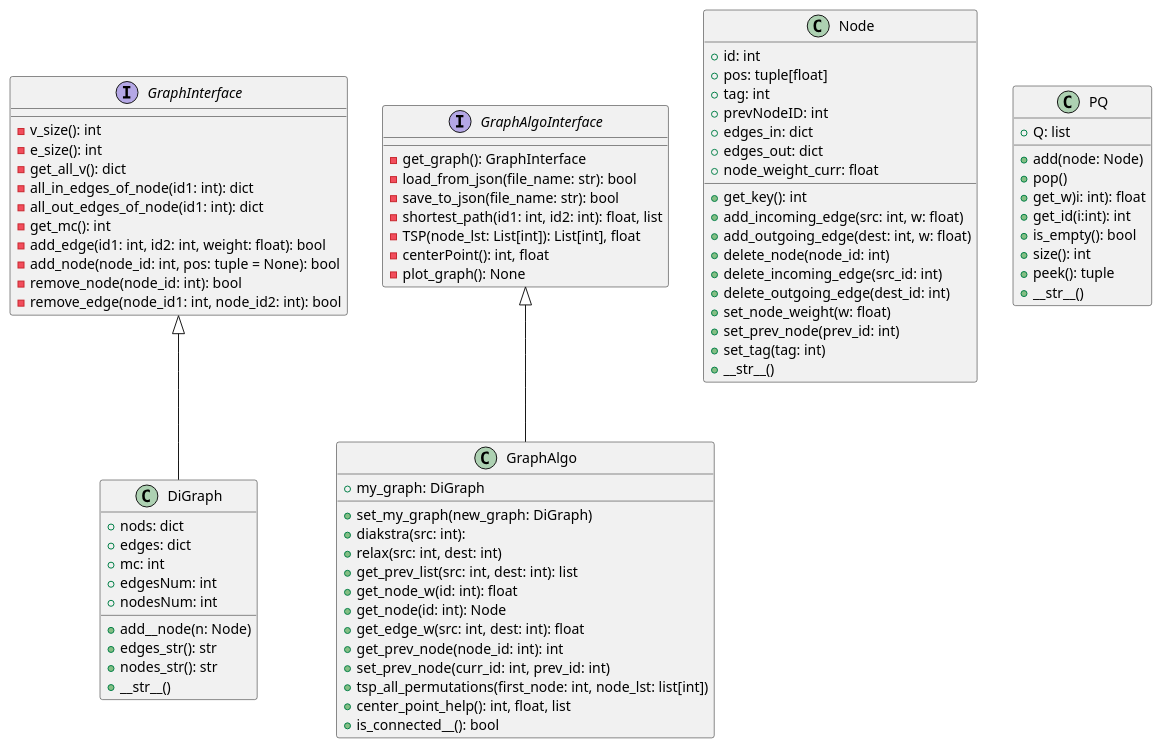
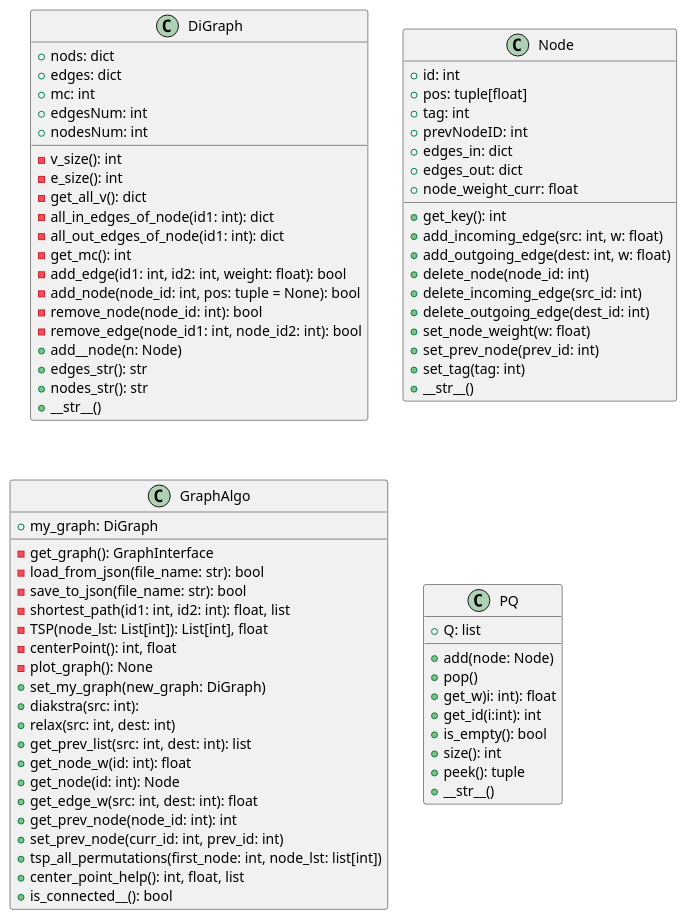
The diagram in docs/OOP_Ex4_uml.puml (Matanel1995/OOP-Ex4-Pokemon-Game), drawn with PlantUML before and after one commit. The commit also changed 8 other files, not shown here.

```diff
--- a/docs/OOP_Ex4_uml.puml
+++ b/docs/OOP_Ex4_uml.puml
@@ -2,93 +2,86 @@
 @startuml
 
-interface GraphInterface{
+
+class DiGraph{
++nods: dict
++edges: dict
++mc: int
++edgesNum: int
++nodesNum: int
 -v_size(): int
 -e_size(): int
 -get_all_v(): dict
 -all_in_edges_of_node(id1: int): dict
 -all_out_edges_of_node(id1: int): dict
 -get_mc(): int
 -add_edge(id1: int, id2: int, weight: float): bool
 -add_node(node_id: int, pos: tuple = None): bool
 -remove_node(node_id: int): bool
 -remove_edge(node_id1: int, node_id2: int): bool
-}
-
-interface GraphAlgoInterface{
--get_graph(): GraphInterface
--load_from_json(file_name: str): bool
--save_to_json(file_name: str): bool
--shortest_path(id1: int, id2: int): float, list
--TSP(node_lst: List[int]): List[int], float
--centerPoint(): int, float
--plot_graph(): None
-}
-
-GraphInterface <|-- DiGraph
-GraphAlgoInterface <|-- GraphAlgo
-class DiGraph{
-+nods: dict
-+edges: dict
-+mc: int
-+edgesNum: int
-+nodesNum: int
 +add__node(n: Node)
 +edges_str(): str
 +nodes_str(): str
 +__str__()
 }
 
 class Node{
 +id: int
 +pos: tuple[float]
 +tag: int
 +prevNodeID: int
 +edges_in: dict
 +edges_out: dict
 +node_weight_curr: float
 +get_key(): int
 +add_incoming_edge(src: int, w: float)
 +add_outgoing_edge(dest: int, w: float)
 +delete_node(node_id: int)
 +delete_incoming_edge(src_id: int)
 +delete_outgoing_edge(dest_id: int)
 +set_node_weight(w: float)
 +set_prev_node(prev_id: int)
 +set_tag(tag: int)
 +__str__()
 }
 
 class GraphAlgo{
 +my_graph: DiGraph
+-get_graph(): GraphInterface
+-load_from_json(file_name: str): bool
+-save_to_json(file_name: str): bool
+-shortest_path(id1: int, id2: int): float, list
+-TSP(node_lst: List[int]): List[int], float
+-centerPoint(): int, float
+-plot_graph(): None
 +set_my_graph(new_graph: DiGraph)
 +diakstra(src: int):
 +relax(src: int, dest: int)
 +get_prev_list(src: int, dest: int): list
 +get_node_w(id: int): float
 +get_node(id: int): Node
 '+get_node_tag(id: int): int
 '+set_node_tag(id: int, tag)
 '+set_path_w(id: int, w: float)
 +get_edge_w(src: int, dest: int): float
 +get_prev_node(node_id: int): int
 +set_prev_node(curr_id: int, prev_id: int)
 +tsp_all_permutations(first_node: int, node_lst: list[int])
 +center_point_help(): int, float, list
 +is_connected__(): bool
 }
 
 class PQ{
 +Q: list
 +add(node: Node)
 +pop()
 +get_w)i: int): float
 +get_id(i:int): int
 +is_empty(): bool
 +size(): int
 +peek(): tuple
 +__str__()
 }
 
 
 
 @enduml
```
